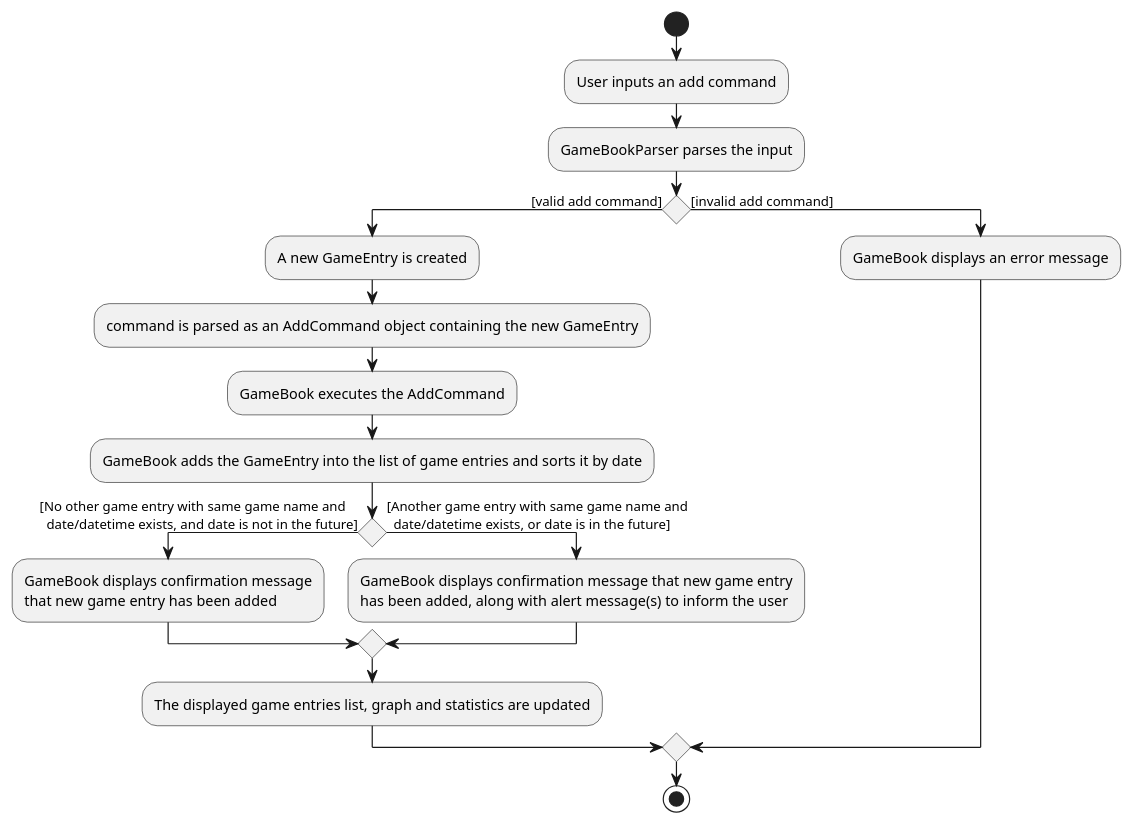
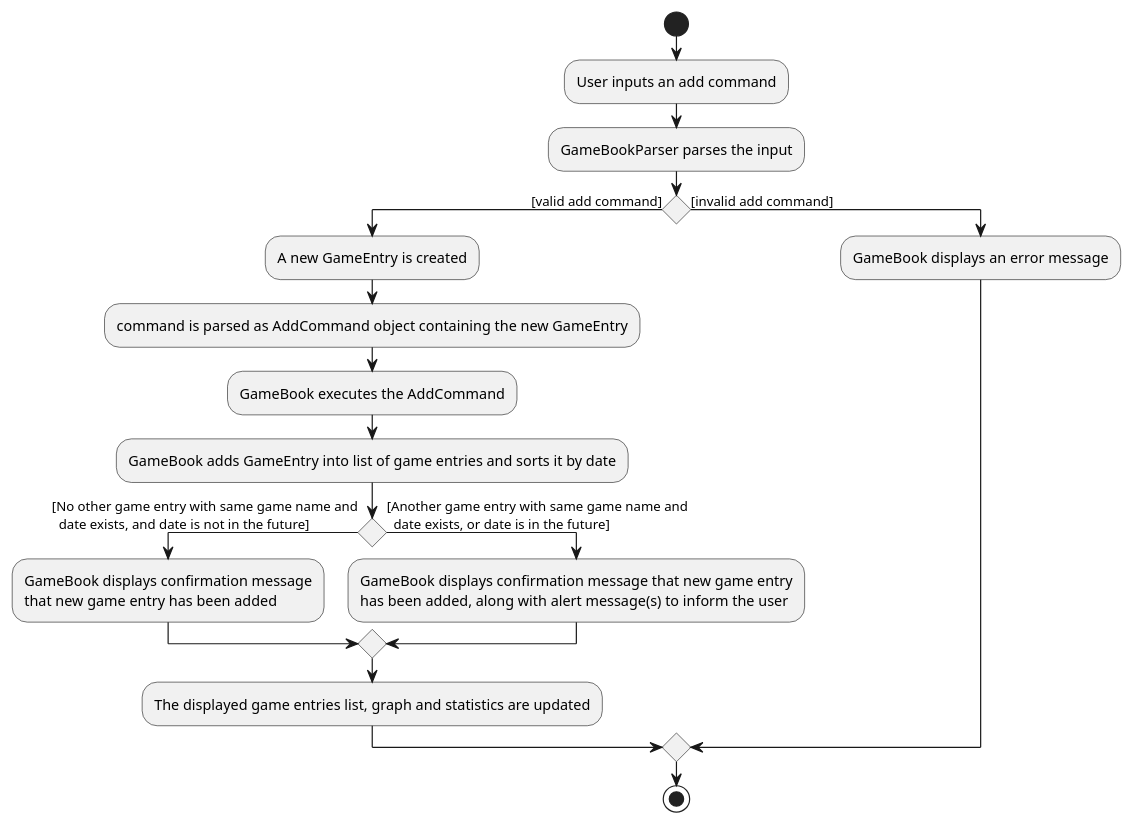
One commit to yzhilong/tp changed the diagram in docs/diagrams/tracing/AddActivityDiagram.puml. Above: the diagram before and after it, drawn with PlantUML. The commit also changed 3 other files, not shown here.

Commit message:
Update AddActivityDiagram and AddSequenceDiagram

```diff
--- a/docs/diagrams/tracing/AddActivityDiagram.puml
+++ b/docs/diagrams/tracing/AddActivityDiagram.puml
@@ -1,27 +1,27 @@
 @startuml
 
 start
 :User inputs an add command;
 :GameBookParser parses the input;
 
 if () then ([valid add command])
   :A new GameEntry is created;
-  :command is parsed as an AddCommand object containing the new GameEntry;
+  :command is parsed as AddCommand object containing the new GameEntry;
   :GameBook executes the AddCommand;
-  :GameBook adds the GameEntry into the list of game entries and sorts it by date;
+  :GameBook adds GameEntry into list of game entries and sorts it by date;
   if() then([No other game entry with same game name and
-  date/datetime exists, and date is not in the future])
+  date exists, and date is not in the future])
     :GameBook displays confirmation message
     that new game entry has been added;
   else ([Another game entry with same game name and
-  date/datetime exists, or date is in the future])
+  date exists, or date is in the future])
     :GameBook displays confirmation message that new game entry
     has been added, along with alert message(s) to inform the user;
   endif
   :The displayed game entries list, graph and statistics are updated;
 else ([invalid add command])
   :GameBook displays an error message;
 
 endif
 stop
 @enduml
```
